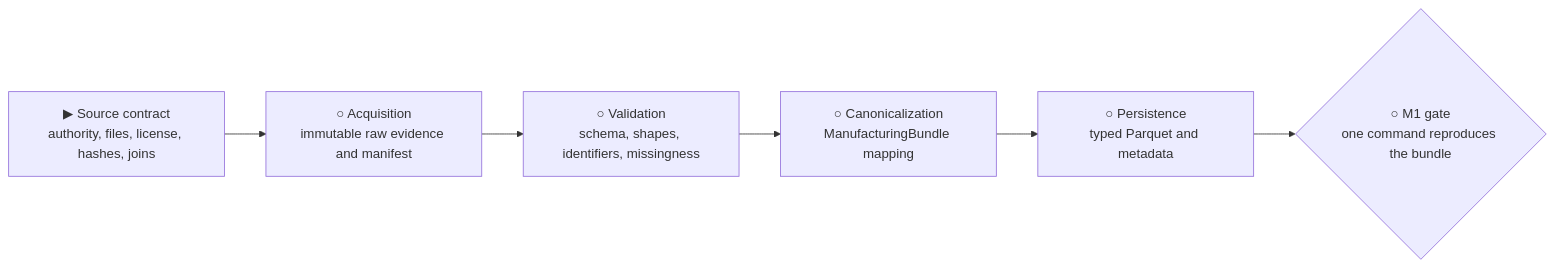
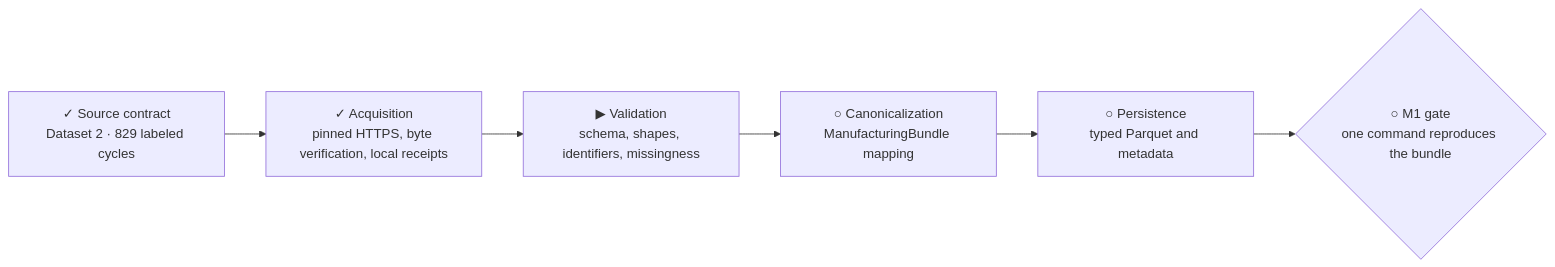
The diagram in docs/milestones/m01-injection-molding-ingestion.md (stevennitesh/manufacturing-process-intelligence), drawn with Mermaid before and after one commit. The commit also changed other lines of this file and 15 other files, not shown here.

Commit message:
Implement verified injection-molding source acquisition

````diff
--- a/docs/milestones/m01-injection-molding-ingestion.md
+++ b/docs/milestones/m01-injection-molding-ingestion.md
@@ -9,11 +9,11 @@
 ```mermaid
 flowchart LR
-    S["▶ Source contract<br/>authority, files, license, hashes, joins"]
-    A["○ Acquisition<br/>immutable raw evidence and manifest"]
-    V["○ Validation<br/>schema, shapes, identifiers, missingness"]
+    S["✓ Source contract<br/>Dataset 2 · 829 labeled cycles"]
+    A["✓ Acquisition<br/>pinned HTTPS, byte verification, local receipts"]
+    V["▶ Validation<br/>schema, shapes, identifiers, missingness"]
     C["○ Canonicalization<br/>ManufacturingBundle mapping"]
     P["○ Persistence<br/>typed Parquet and metadata"]
     G{"○ M1 gate<br/>one command reproduces the bundle"}
 
     S --> A --> V --> C --> P --> G
 ```
````
